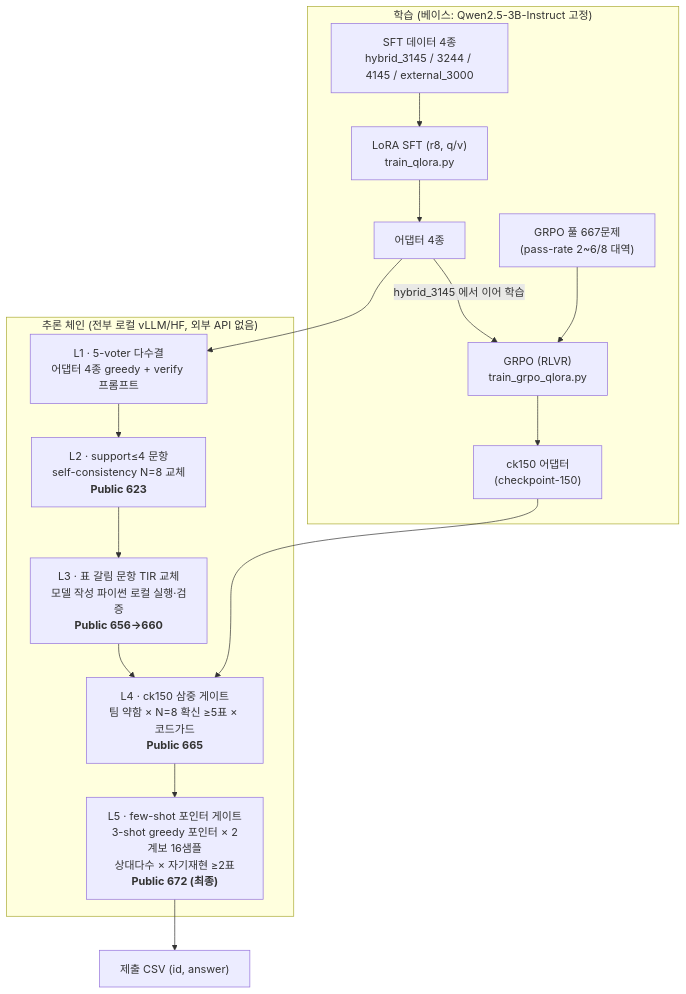
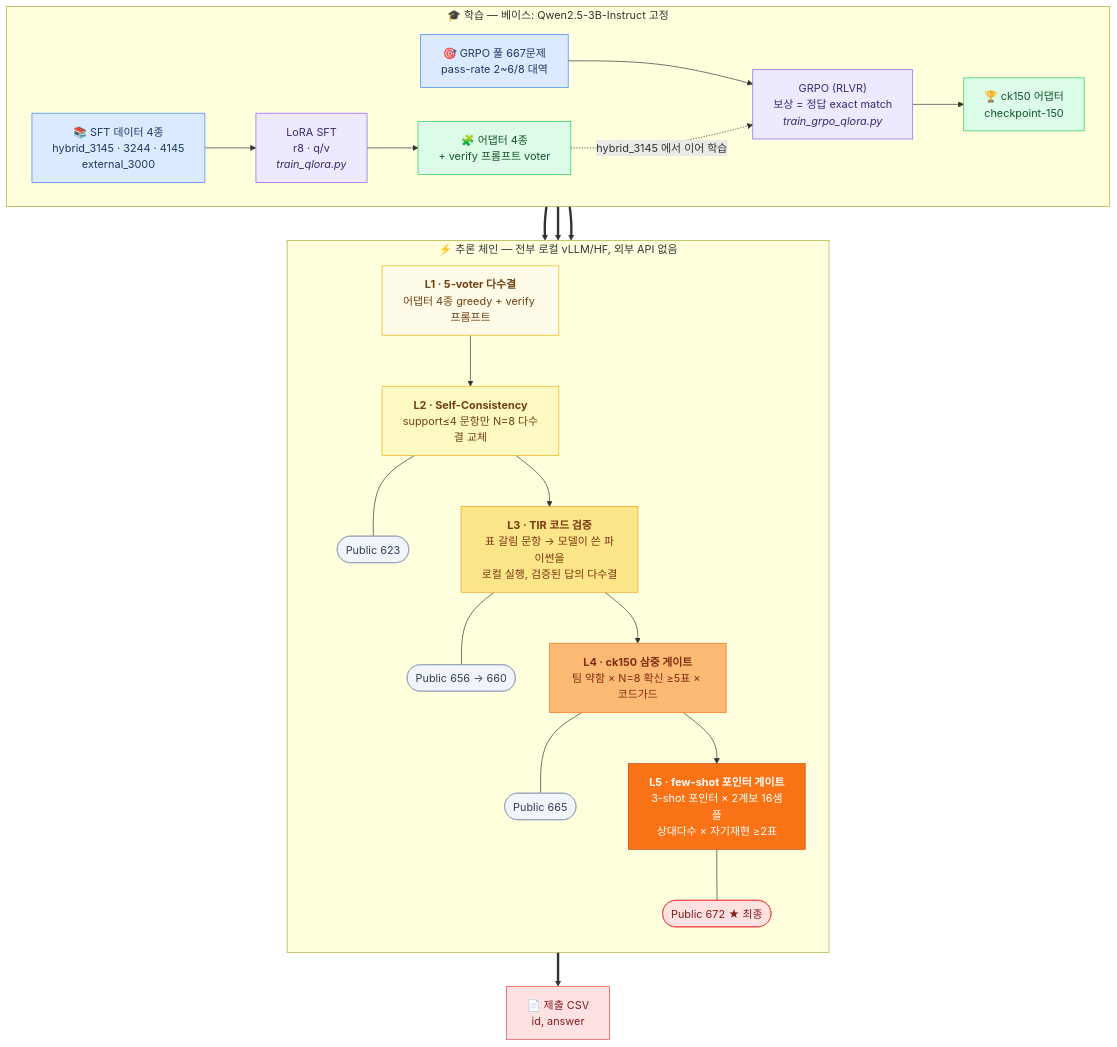
Before and after one commit to ale8ander/Deep-Learning-Challenge-2026: the diagram in README.md, drawn with Mermaid.

````diff
--- a/README.md
+++ b/README.md
@@ -12,21 +12,59 @@
 ```mermaid
-flowchart TD
-    subgraph 학습["학습 (베이스: Qwen2.5-3B-Instruct 고정)"]
-        D1["SFT 데이터 4종<br/>hybrid_3145 / 3244 / 4145 / external_3000"] --> T1["LoRA SFT (r8, q/v)<br/>train_qlora.py"]
-        T1 --> A1["어댑터 4종"]
-        D2["GRPO 풀 667문제<br/>(pass-rate 2~6/8 대역)"] --> T2["GRPO (RLVR)<br/>train_grpo_qlora.py"]
-        A1 -->|hybrid_3145 에서 이어 학습| T2
-        T2 --> A2["ck150 어댑터<br/>(checkpoint-150)"]
+flowchart TB
+    subgraph 학습["🎓 학습 — 베이스: Qwen2.5-3B-Instruct 고정"]
+        direction LR
+        D1["📚 SFT 데이터 4종<br/>hybrid_3145 · 3244 · 4145<br/>external_3000"]
+        D2["🎯 GRPO 풀 667문제<br/>pass-rate 2~6/8 대역"]
+        T1["LoRA SFT<br/>r8 · q/v<br/><i>train_qlora.py</i>"]
+        T2["GRPO (RLVR)<br/>보상 = 정답 exact match<br/><i>train_grpo_qlora.py</i>"]
+        A1["🧩 어댑터 4종<br/>+ verify 프롬프트 voter"]
+        A2["🏆 ck150 어댑터<br/>checkpoint-150"]
+        D1 --> T1 --> A1
+        D2 --> T2
+        A1 -.hybrid_3145 에서 이어 학습.-> T2 --> A2
     end
 
-    subgraph 추론["추론 체인 (전부 로컬 vLLM/HF, 외부 API 없음)"]
-        L1["L1 · 5-voter 다수결<br/>어댑터 4종 greedy + verify 프롬프트"] --> L2["L2 · support≤4 문항<br/>self-consistency N=8 교체<br/><b>Public 623</b>"]
-        L2 --> L3["L3 · 표 갈림 문항 TIR 교체<br/>모델 작성 파이썬 로컬 실행·검증<br/><b>Public 656→660</b>"]
-        L3 --> L4["L4 · ck150 삼중 게이트<br/>팀 약함 × N=8 확신 ≥5표 × 코드가드<br/><b>Public 665</b>"]
-        L4 --> L5["L5 · few-shot 포인터 게이트<br/>3-shot greedy 포인터 × 2계보 16샘플<br/>상대다수 × 자기재현 ≥2표<br/><b>Public 672 (최종)</b>"]
+    subgraph 추론["⚡ 추론 체인 — 전부 로컬 vLLM/HF, 외부 API 없음"]
+        direction TB
+        L1["<b>L1 · 5-voter 다수결</b><br/>어댑터 4종 greedy + verify 프롬프트"]
+        L2["<b>L2 · Self-Consistency</b><br/>support≤4 문항만 N=8 다수결 교체"]
+        L3["<b>L3 · TIR 코드 검증</b><br/>표 갈림 문항 → 모델이 쓴 파이썬을<br/>로컬 실행, 검증된 답의 다수결"]
+        L4["<b>L4 · ck150 삼중 게이트</b><br/>팀 약함 × N=8 확신 ≥5표 × 코드가드"]
+        L5["<b>L5 · few-shot 포인터 게이트</b><br/>3-shot 포인터 × 2계보 16샘플<br/>상대다수 × 자기재현 ≥2표"]
+        S2(["Public 623"])
+        S3(["Public 656 → 660"])
+        S4(["Public 665"])
+        S5(["Public 672 ★ 최종"])
+        L1 --> L2 --- S2
+        L2 --> L3 --- S3
+        L3 --> L4 --- S4
+        L4 --> L5 --- S5
     end
 
-    A1 --> L1
-    A2 --> L4
-    L5 --> CSV["제출 CSV (id, answer)"]
+    A1 ==> L1
+    A2 ==> L4
+    A2 ==> L5
+    L5 ==> CSV["📄 제출 CSV<br/>id, answer"]
+
+    classDef data fill:#dbeafe,stroke:#3b82f6,color:#1e3a5f
+    classDef train fill:#ede9fe,stroke:#8b5cf6,color:#3b2a6e
+    classDef adapter fill:#dcfce7,stroke:#22c55e,color:#14532d
+    classDef l1 fill:#fefce8,stroke:#eab308,color:#713f12
+    classDef l2 fill:#fef9c3,stroke:#eab308,color:#713f12
+    classDef l3 fill:#fde68a,stroke:#f59e0b,color:#78350f
+    classDef l4 fill:#fdba74,stroke:#f97316,color:#7c2d12
+    classDef l5 fill:#f97316,stroke:#c2410c,color:#ffffff
+    classDef score fill:#f1f5f9,stroke:#94a3b8,color:#334155
+    classDef final fill:#fee2e2,stroke:#ef4444,color:#7f1d1d
+
+    class D1,D2 data
+    class T1,T2 train
+    class A1,A2 adapter
+    class L1 l1
+    class L2 l2
+    class L3 l3
+    class L4 l4
+    class L5 l5
+    class S2,S3,S4 score
+    class S5,CSV final
 ```
````
